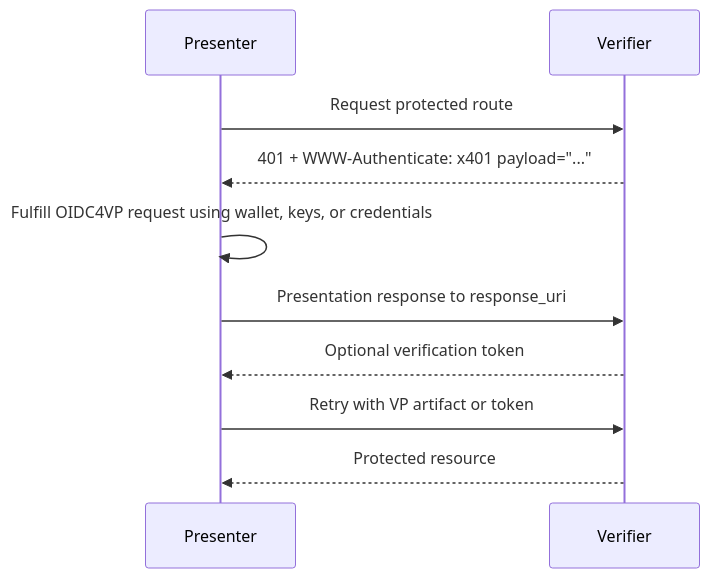
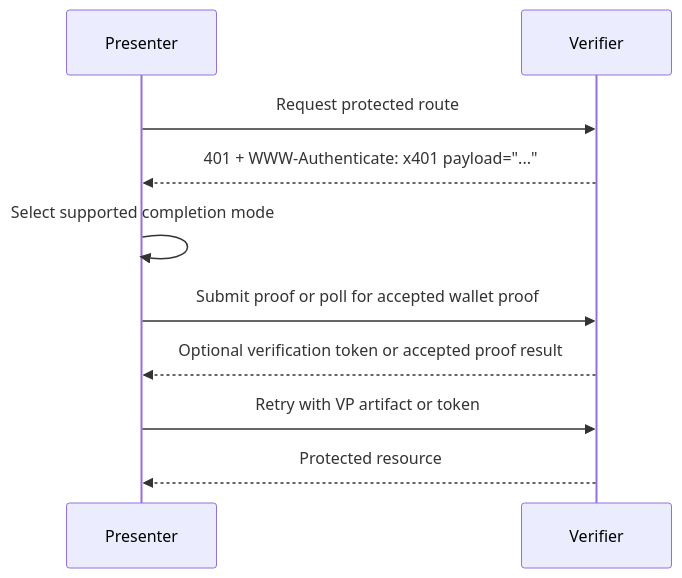
One commit to csuwildcat/P401 changed the first of 2 diagrams in spec.md. Above: the diagram before and after it, drawn with Mermaid. The commit also changed other lines of this file, not shown here.

Commit message:
Add x401 completion modes

````diff
--- a/spec.md
+++ b/spec.md
@@ -142,12 +154,12 @@
 ```mermaid
 sequenceDiagram
     participant Presenter
     participant Verifier
     Presenter->>Verifier: Request protected route
     Verifier-->>Presenter: 401 + WWW-Authenticate: x401 payload="..."
-    Presenter->>Presenter: Fulfill OIDC4VP request using wallet, keys, or credentials
-    Presenter->>Verifier: Presentation response to response_uri
-    Verifier-->>Presenter: Optional verification token
+    Presenter->>Presenter: Select supported completion mode
+    Presenter->>Verifier: Submit proof or poll for accepted wallet proof
+    Verifier-->>Presenter: Optional verification token or accepted proof result
     Presenter->>Verifier: Retry with VP artifact or token
     Verifier-->>Presenter: Protected resource
 ```
````
